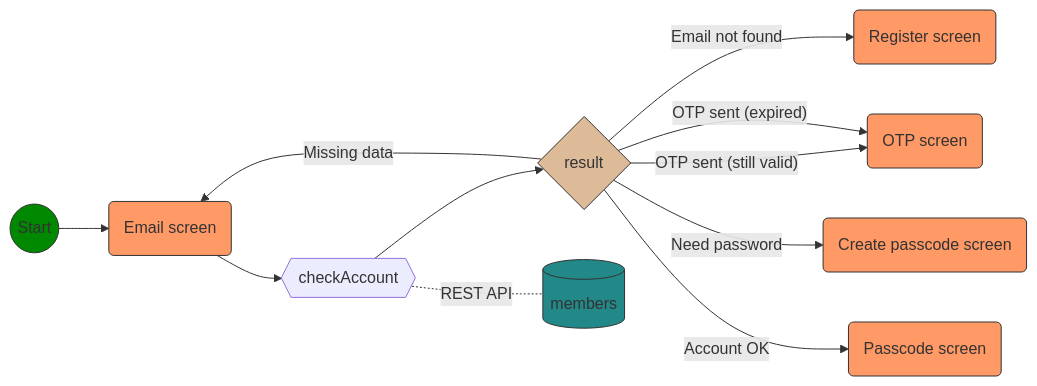
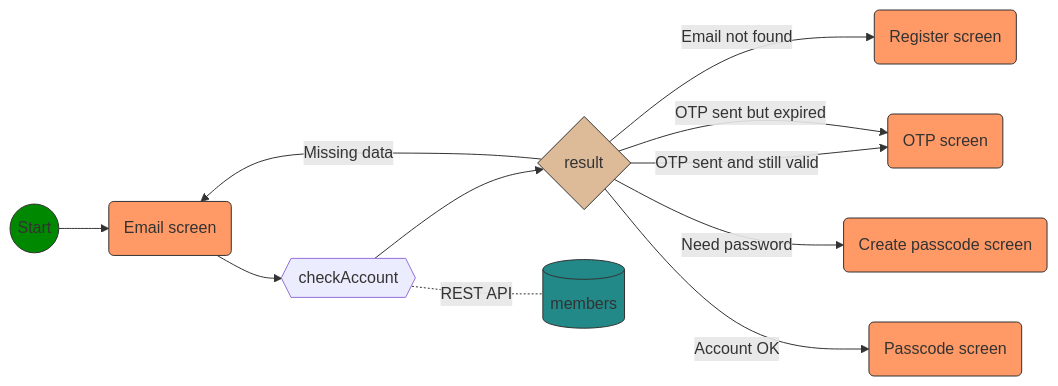
The second of 6 diagrams in README.md (Yann39/ccteam-flutter), drawn with Mermaid before and after one commit. The commit also changed other lines of this file and 76 other files, not shown here.

````diff
--- a/README.md
+++ b/README.md
@@ -67,16 +68,16 @@
 ```mermaid
 graph LR
 start((Start)):::green --> email_step(Email screen):::salmon --> checkAccount{{checkAccount}} --> result1{result}:::beige
 result1 -- Email not found --> register_step(Register screen):::salmon
 result1 -- Missing data --> email_step
-result1 -- "OTP sent (still valid)" --> otp_step(OTP screen):::salmon
-result1 -- "OTP sent (expired)" --> otp_step
+result1 -- OTP sent and still valid --> otp_step(OTP screen):::salmon
+result1 -- OTP sent but expired --> otp_step
 result1 -- Need password --> create_passcode_step(Create passcode screen):::salmon
 result1 -- Account OK --> passcode_step(Passcode screen):::salmon
 checkAccount -. REST API .- database[(members)]:::blue
 
 classDef green fill:#080,stroke:#333,stroke-width:1px
 classDef salmon fill:#f96,stroke:#333,stroke-width:1px
 classDef beige fill:#db9,stroke:#333,stroke-width:1px
 classDef blue fill:#288,stroke:#333,stroke-width:1px
 ```
````
